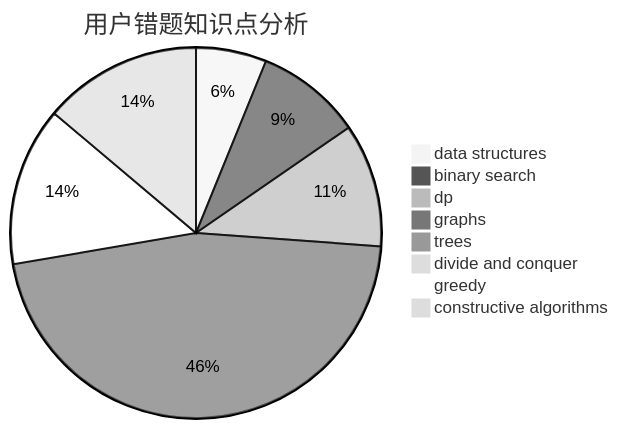
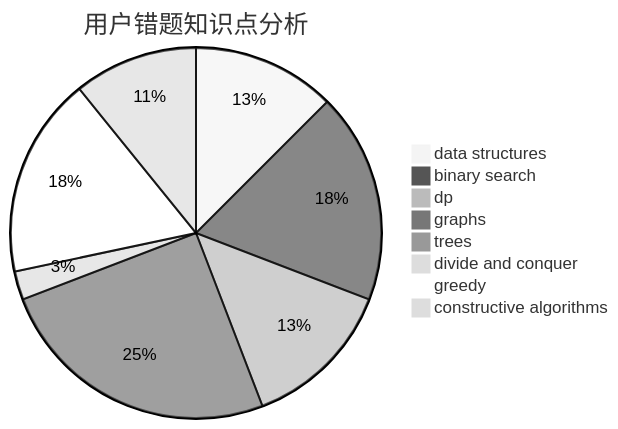
One commit to sherpahu/cfrs.github.io changed the third of 3 diagrams in docs/user/u1972.md. Above: the diagram before and after it, drawn with Mermaid (neutral theme). The commit also changed other lines of this file and 2770 other files, not shown here.

````diff
--- a/docs/user/u1972.md
+++ b/docs/user/u1972.md
@@ -36,11 +36,11 @@
 ```mermaid
 pie title 用户错题知识点分析
-    "data structures" :  4
-    "binary search" :  6
-    "dp" :  7
+    "data structures" :  15
+    "binary search" :  22
+    "dp" :  16
     "graphs" :  30
     "trees" :  0
-    "divide and conquer" :  0
-    "greedy" :  9
-    "constructive algorithms" :  9
+    "divide and conquer" :  3
+    "greedy" :  21
+    "constructive algorithms" :  13
 ```
````
